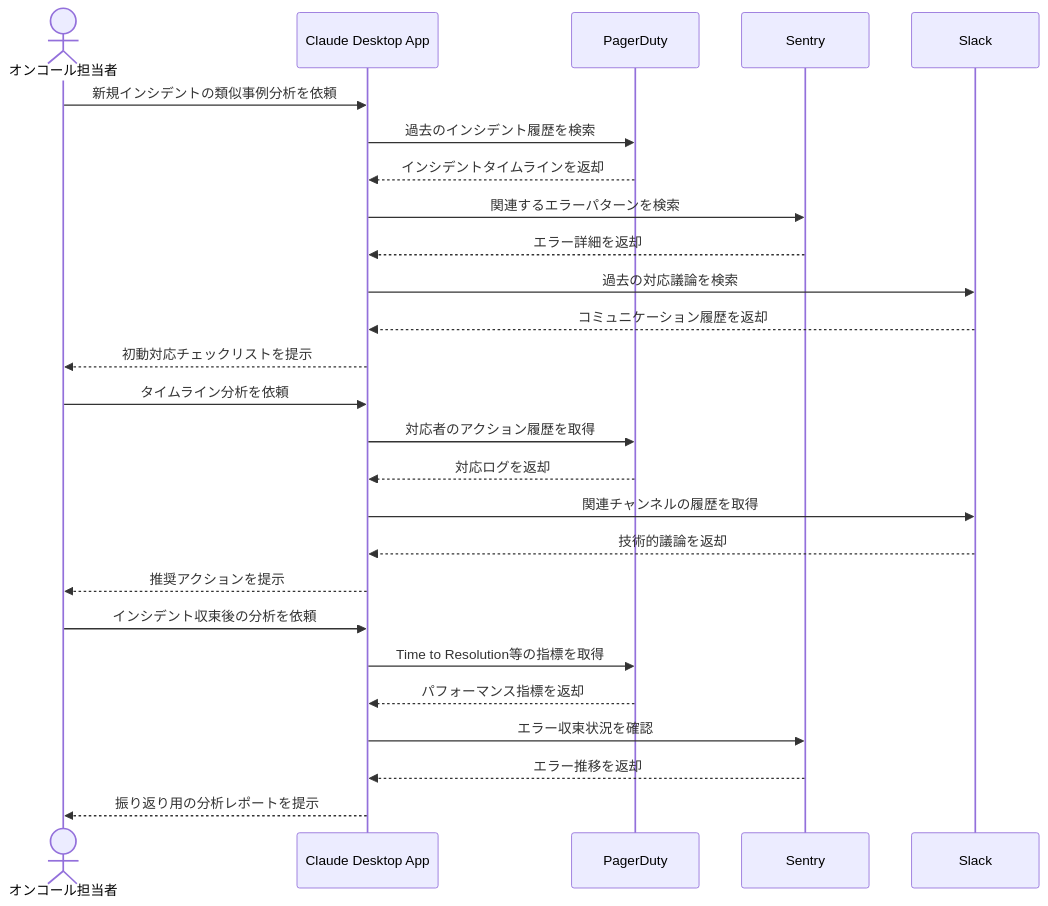
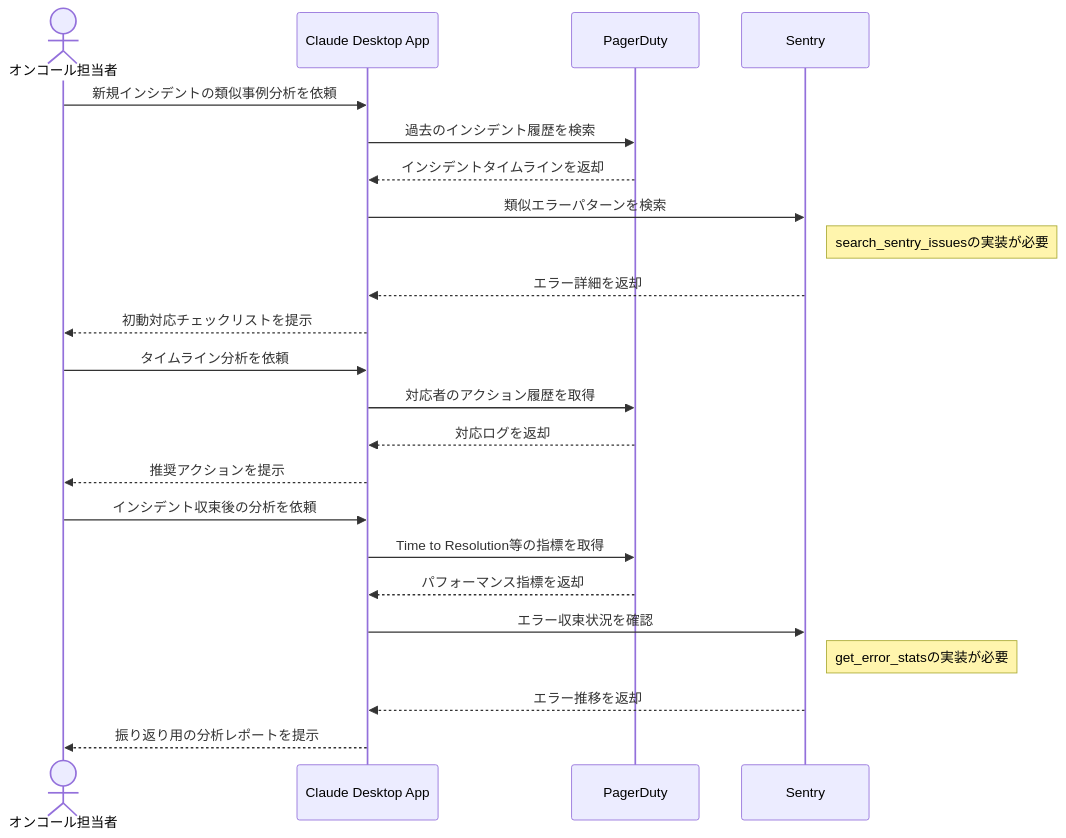
The diagram in docs/02_エンジニア/障害対応履歴の活用を最適化する.md (po-shu/mcp-100-ideas), drawn with Mermaid before and after one commit. The commit also changed other lines of this file and 5 other files, not shown here.

````diff
--- a/docs/02_エンジニア/障害対応履歴の活用を最適化する.md
+++ b/docs/02_エンジニア/障害対応履歴の活用を最適化する.md
@@ -17,29 +21,26 @@
 ```mermaid
 sequenceDiagram
     actor User as オンコール担当者
     participant CAP as Claude Desktop App
     participant PD as PagerDuty
     participant Sentry as Sentry
-    participant Slack as Slack
 
     User->>CAP: 新規インシデントの類似事例分析を依頼
     CAP->>PD: 過去のインシデント履歴を検索
     PD-->>CAP: インシデントタイムラインを返却
-    CAP->>Sentry: 関連するエラーパターンを検索
+    CAP->>Sentry: 類似エラーパターンを検索
+    Note right of Sentry: search_sentry_issuesの実装が必要
     Sentry-->>CAP: エラー詳細を返却
-    CAP->>Slack: 過去の対応議論を検索
-    Slack-->>CAP: コミュニケーション履歴を返却
     CAP-->>User: 初動対応チェックリストを提示
     User->>CAP: タイムライン分析を依頼
     CAP->>PD: 対応者のアクション履歴を取得
     PD-->>CAP: 対応ログを返却
-    CAP->>Slack: 関連チャンネルの履歴を取得
-    Slack-->>CAP: 技術的議論を返却
     CAP-->>User: 推奨アクションを提示
     User->>CAP: インシデント収束後の分析を依頼
     CAP->>PD: Time to Resolution等の指標を取得
     PD-->>CAP: パフォーマンス指標を返却
     CAP->>Sentry: エラー収束状況を確認
+    Note right of Sentry: get_error_statsの実装が必要
     Sentry-->>CAP: エラー推移を返却
     CAP-->>User: 振り返り用の分析レポートを提示
 ```
````
